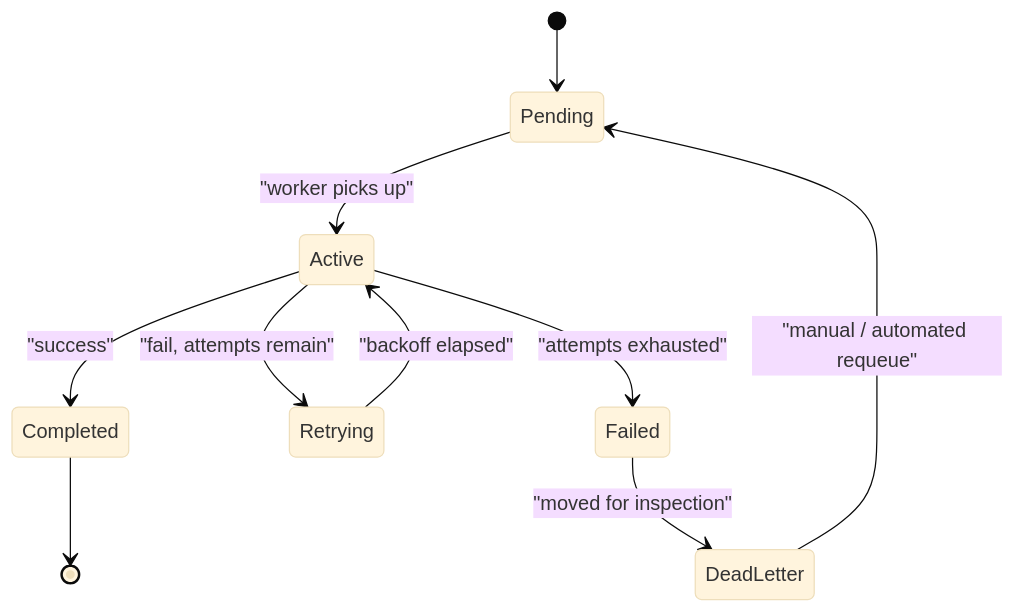
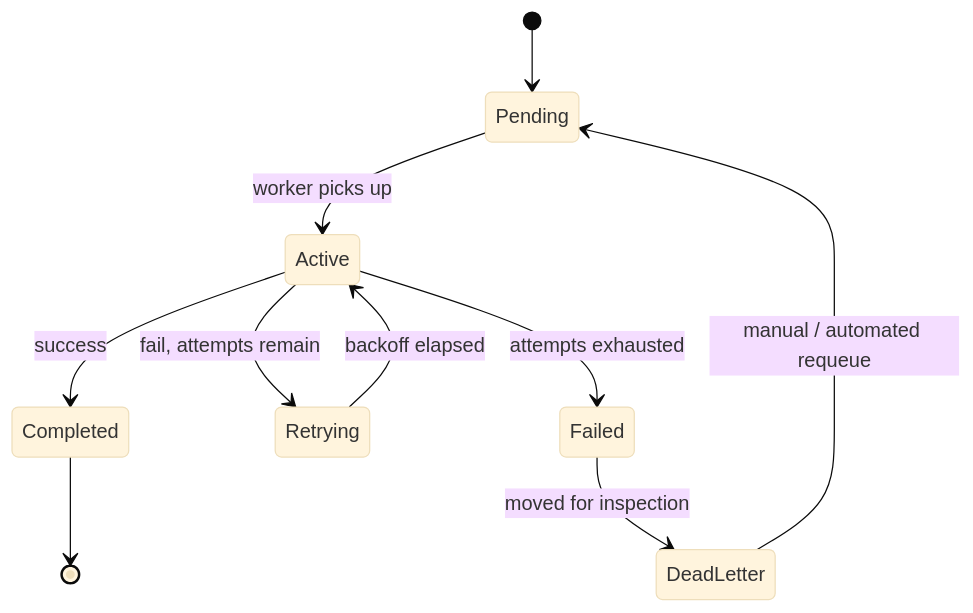
Before and after one commit to vabs/vabs.github.io: the second of 2 diagrams in content/post/background-job-queues-celery-bullmq-retry-semantics.md, drawn with Mermaid (base theme). The commit also changed other lines of this file and 87 other files, not shown here.

First line of the commit message:
Fix: Readable mermaid diagrams and fact-check blog posts

```diff
--- a/content/post/background-job-queues-celery-bullmq-retry-semantics.md
+++ b/content/post/background-job-queues-celery-bullmq-retry-semantics.md
@@ -139,12 +140,12 @@
 {{< mermaid >}}
 stateDiagram-v2
   [*] --> Pending
-  Pending --> Active: "worker picks up"
-  Active --> Completed: "success"
-  Active --> Retrying: "fail, attempts remain"
-  Retrying --> Active: "backoff elapsed"
-  Active --> Failed: "attempts exhausted"
-  Failed --> DeadLetter: "moved for inspection"
-  DeadLetter --> Pending: "manual / automated requeue"
+  Pending --> Active: worker picks up
+  Active --> Completed: success
+  Active --> Retrying: fail, attempts remain
+  Retrying --> Active: backoff elapsed
+  Active --> Failed: attempts exhausted
+  Failed --> DeadLetter: moved for inspection
+  DeadLetter --> Pending: manual / automated requeue
   Completed --> [*]
 {{< /mermaid >}}
```
